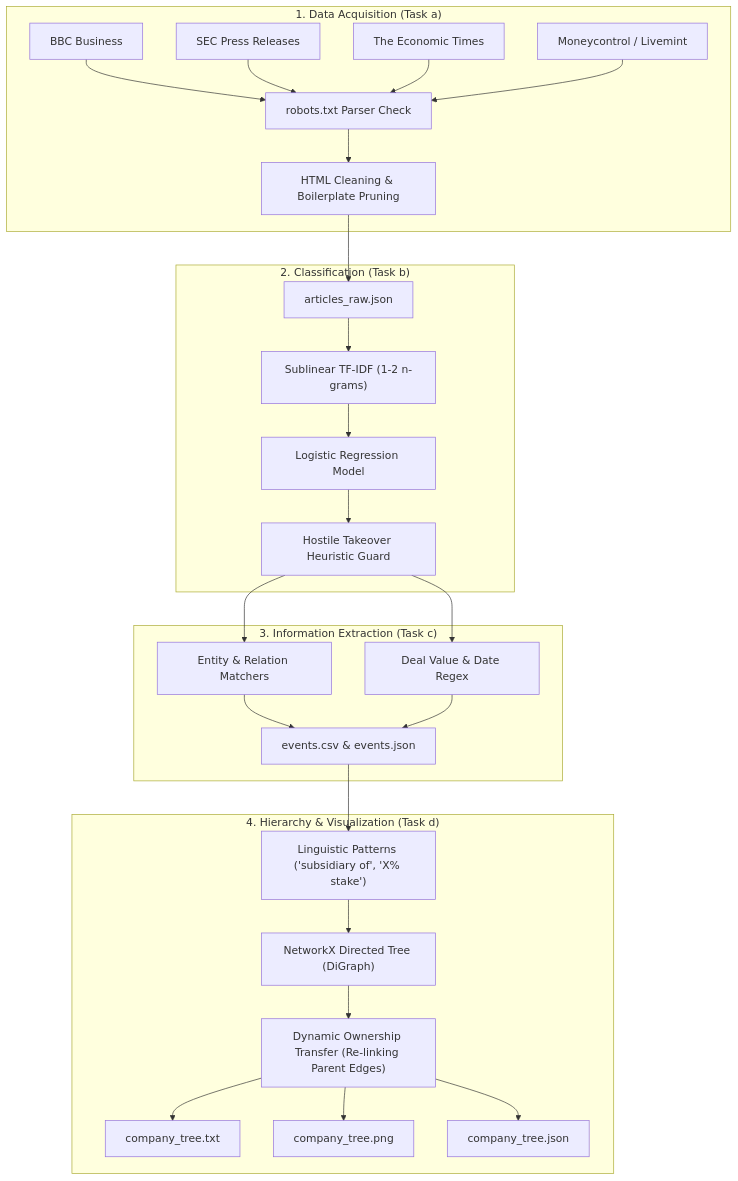
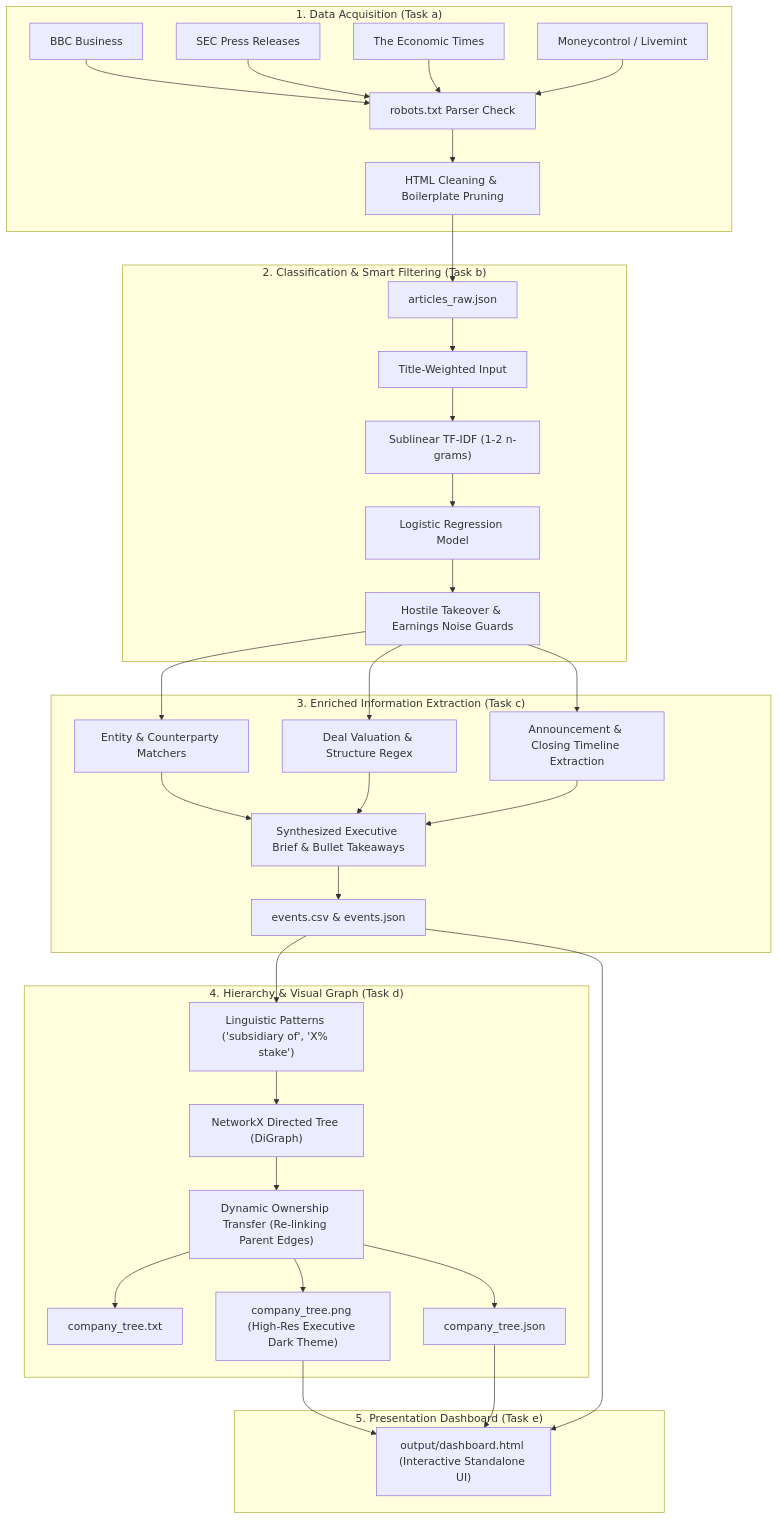
The diagram in README.md (Jawa-vit/corporate-event-miner), drawn with Mermaid before and after one commit. The commit also changed other lines of this file and 15 other files, not shown here.

Commit message:
feat: enriched event extraction, executive dark-themed hierarchy tree, smart filtering, and interactive dashboard

````diff
--- a/README.md
+++ b/README.md
@@ -52,37 +67,45 @@
 ```mermaid
 flowchart TD
     subgraph S1["1. Data Acquisition (Task a)"]
         F1["BBC Business"]
         F2["SEC Press Releases"]
         F3["The Economic Times"]
         F4["Moneycontrol / Livemint"]
         ROBOTS["robots.txt Parser Check"]
         PARSE["HTML Cleaning & Boilerplate Pruning"]
         F1 & F2 & F3 & F4 --> ROBOTS --> PARSE
     end
 
-    subgraph S2["2. Classification (Task b)"]
+    subgraph S2["2. Classification & Smart Filtering (Task b)"]
         RAW["articles_raw.json"]
+        WEIGHT["Title-Weighted Input"]
         TFIDF["Sublinear TF-IDF (1-2 n-grams)"]
         LR["Logistic Regression Model"]
-        RULE["Hostile Takeover Heuristic Guard"]
-        PARSE --> RAW --> TFIDF --> LR --> RULE
+        GUARD["Hostile Takeover & Earnings Noise Guards"]
+        PARSE --> RAW --> WEIGHT --> TFIDF --> LR --> GUARD
     end
 
-    subgraph S3["3. Information Extraction (Task c)"]
-        ENT["Entity & Relation Matchers"]
-        VAL["Deal Value & Date Regex"]
+    subgraph S3["3. Enriched Information Extraction (Task c)"]
+        ENT["Entity & Counterparty Matchers"]
+        VAL["Deal Valuation & Structure Regex"]
+        TIME["Announcement & Closing Timeline Extraction"]
+        BRIEF["Synthesized Executive Brief & Bullet Takeaways"]
         CSV["events.csv & events.json"]
-        RULE --> ENT & VAL --> CSV
+        GUARD --> ENT & VAL & TIME --> BRIEF --> CSV
     end
 
-    subgraph S4["4. Hierarchy & Visualization (Task d)"]
+    subgraph S4["4. Hierarchy & Visual Graph (Task d)"]
         PAT["Linguistic Patterns ('subsidiary of', 'X% stake')"]
         NX["NetworkX Directed Tree (DiGraph)"]
         REASSIGN["Dynamic Ownership Transfer (Re-linking Parent Edges)"]
         OUT_TXT["company_tree.txt"]
-        OUT_PNG["company_tree.png"]
+        OUT_PNG["company_tree.png (High-Res Executive Dark Theme)"]
         OUT_JSON["company_tree.json"]
         CSV --> PAT --> NX --> REASSIGN --> OUT_TXT & OUT_PNG & OUT_JSON
     end
+
+    subgraph S5["5. Presentation Dashboard (Task e)"]
+        DASH["output/dashboard.html (Interactive Standalone UI)"]
+        OUT_PNG & CSV & OUT_JSON --> DASH
+    end
 ```
````
